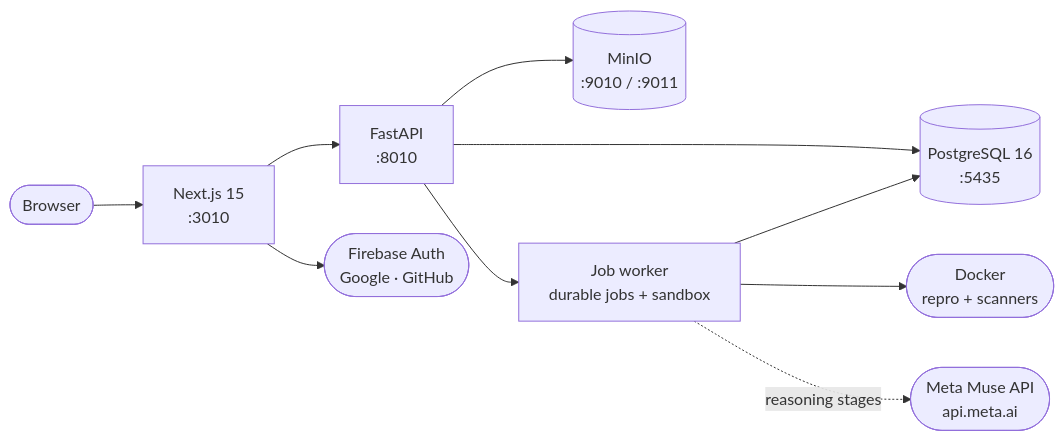
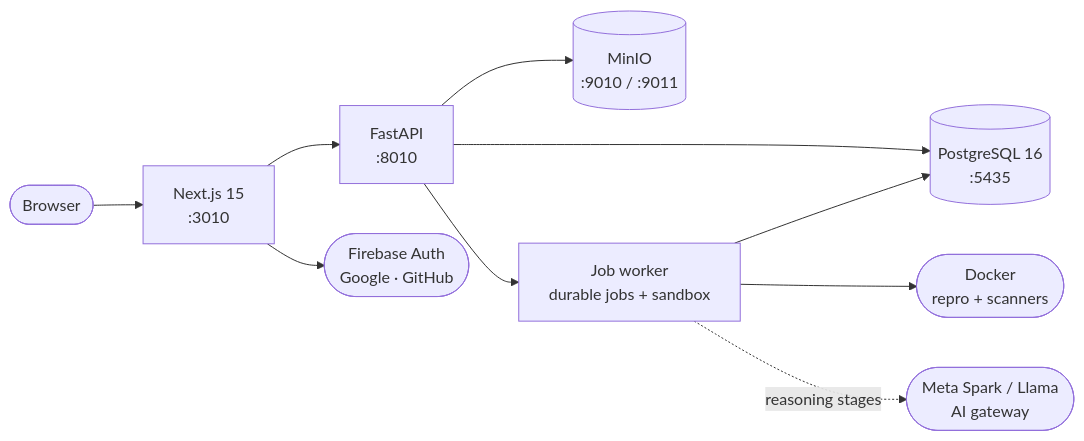
One commit to VivekChaurasiya95/Meridian-AI changed the diagram in README.md. Above: the diagram before and after it, drawn with Mermaid. The commit also changed other lines of this file and 7 other files, not shown here.

````diff
--- a/README.md
+++ b/README.md
@@ -246,12 +135,12 @@
 ```mermaid
 flowchart LR
     Browser(["Browser"]) --> Web["Next.js 15<br/>:3010"]
     Web --> API["FastAPI<br/>:8010"]
     API --> DB[("PostgreSQL 16<br/>:5435")]
     Web --> Firebase(["Firebase Auth<br/>Google · GitHub"])
     API --> MinIO[("MinIO<br/>:9010 / :9011")]
     API --> Worker["Job worker<br/>durable jobs + sandbox"]
     Worker --> DB
     Worker --> Docker(["Docker<br/>repro + scanners"])
-    Worker -. "reasoning stages" .-> Muse(["Meta Muse API<br/>api.meta.ai"])
+    Worker -. "reasoning stages" .-> Meta(["Meta Spark / Llama<br/>AI gateway"])
 ```
````
